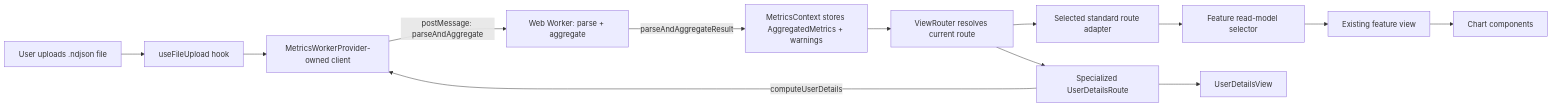
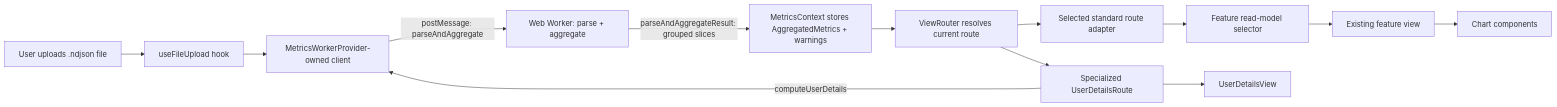
The first of 2 diagrams in docs/project-overview.md (asizikov-demos/copilot-user-level-statistics-viewer), drawn with Mermaid before and after one commit. The commit also changed other lines of this file and 37 other files, not shown here.

````diff
--- a/docs/project-overview.md
+++ b/docs/project-overview.md
@@ -90,15 +105,15 @@
 ```mermaid
 flowchart LR
   A[User uploads .ndjson file] --> B[useFileUpload hook]
   B --> C[MetricsWorkerProvider-owned client]
   C -->|postMessage: parseAndAggregate| W[Web Worker: parse + aggregate]
-  W -->|parseAndAggregateResult| D[MetricsContext stores AggregatedMetrics + warnings]
+  W -->|parseAndAggregateResult: grouped slices| D[MetricsContext stores AggregatedMetrics + warnings]
   D --> VR[ViewRouter resolves current route]
   VR --> SR[Selected standard route adapter]
   VR --> UR[Specialized UserDetailsRoute]
   SR --> RM[Feature read-model selector]
   RM --> E[Existing feature view]
   UR -->|computeUserDetails| C
   UR --> UDV[UserDetailsView]
   E --> F[Chart components]
 ```
````
